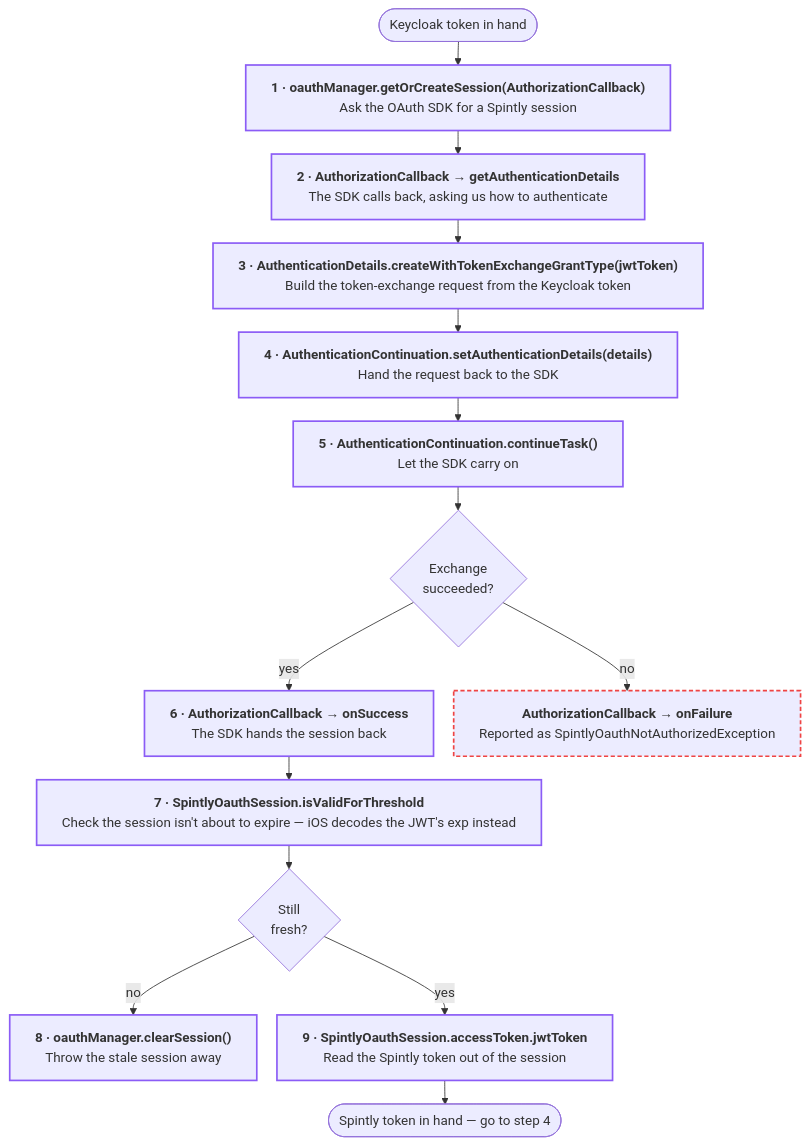
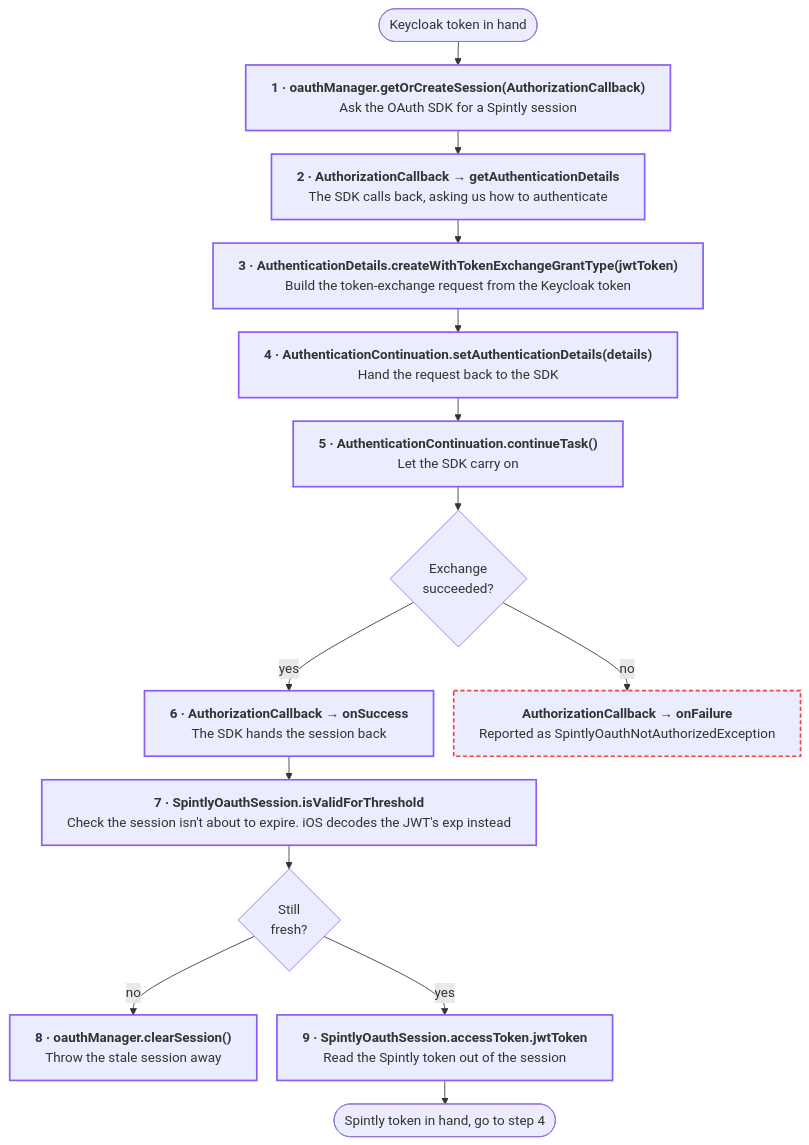
Before and after one commit to Yash-Wadatkar-Binaryveda/sdk-docs-site: the fifth of 11 diagrams in docs/user-onboarding.md, drawn with Mermaid. The commit also changed other lines of this file and 3 other files, not shown here.

````diff
--- a/docs/user-onboarding.md
+++ b/docs/user-onboarding.md
@@ -156,23 +156,23 @@
     ```mermaid
     %%{init:{"flowchart":{"wrappingWidth":570,"nodeSpacing":24,"rankSpacing":28}}}%%
     flowchart TD
         S(["Keycloak token in hand"]) --> N1
         N1["<b>1 · oauthManager.getOrCreateSession(AuthorizationCallback)</b><br/>Ask the OAuth SDK for a Spintly session"]
         N1 --> N2["<b>2 · AuthorizationCallback → getAuthenticationDetails</b><br/>The SDK calls back, asking us how to authenticate"]
         N2 --> N3["<b>3 · AuthenticationDetails.createWithTokenExchangeGrantType(jwtToken)</b><br/>Build the token-exchange request from the Keycloak token"]
         N3 --> N4["<b>4 · AuthenticationContinuation.setAuthenticationDetails(details)</b><br/>Hand the request back to the SDK"]
         N4 --> N5["<b>5 · AuthenticationContinuation.continueTask()</b><br/>Let the SDK carry on"]
         N5 --> D{"Exchange<br/>succeeded?"}
         D -->|yes| N6["<b>6 · AuthorizationCallback → onSuccess</b><br/>The SDK hands the session back"]
         D -->|no| F["<b>AuthorizationCallback → onFailure</b><br/>Reported as SpintlyOauthNotAuthorizedException"]
-        N6 --> N7["<b>7 · SpintlyOauthSession.isValidForThreshold</b><br/>Check the session isn't about to expire — iOS decodes the JWT's exp instead"]
+        N6 --> N7["<b>7 · SpintlyOauthSession.isValidForThreshold</b><br/>Check the session isn't about to expire. iOS decodes the JWT's exp instead"]
         N7 --> D2{"Still<br/>fresh?"}
         D2 -->|no| N8["<b>8 · oauthManager.clearSession()</b><br/>Throw the stale session away"]
         D2 -->|yes| N9["<b>9 · SpintlyOauthSession.accessToken.jwtToken</b><br/>Read the Spintly token out of the session"]
-        N9 --> E(["Spintly token in hand — go to step 4"])
+        N9 --> E(["Spintly token in hand, go to step 4"])
 
         classDef sdkOauth stroke:#8b5cf6,stroke-width:2px
         classDef fail stroke:#ef4444,stroke-width:2px,stroke-dasharray:5 3
         class N1,N2,N3,N4,N5,N6,N7,N8,N9 sdkOauth
         class F fail
     ```
````
